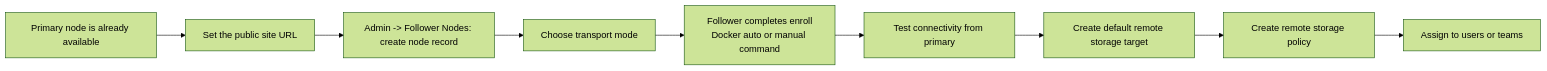
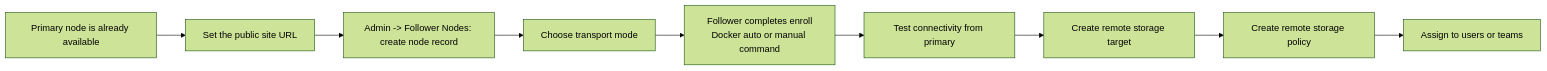
The diagram in docs/src/content/docs/en/deploy/follower-node/index.md (AsterCommunity/AsterDrive), drawn with Mermaid (forest theme) before and after one commit. The commit also changed other lines of this file and 208 other files, not shown here.

First line of the commit message:
refactor(admin): unify detail workflows and remote storage target management (#609)

````diff
--- a/docs/src/content/docs/en/deploy/follower-node/index.md
+++ b/docs/src/content/docs/en/deploy/follower-node/index.md
@@ -63,11 +63,11 @@
 ```mermaid
 flowchart LR
   Ready["Primary node is already available"] --> PublicUrl["Set the public site URL"]
   PublicUrl --> CreateNode["Admin -> Follower Nodes: create node record"]
   CreateNode --> Transport["Choose transport mode"]
   Transport --> Enroll["Follower completes enroll<br/>Docker auto or manual command"]
   Enroll --> Connectivity["Test connectivity from primary"]
-  Connectivity --> Target["Create default remote storage target"]
+  Connectivity --> Target["Create remote storage target"]
   Target --> Policy["Create remote storage policy"]
   Policy --> Assign["Assign to users or teams"]
 ```
````
